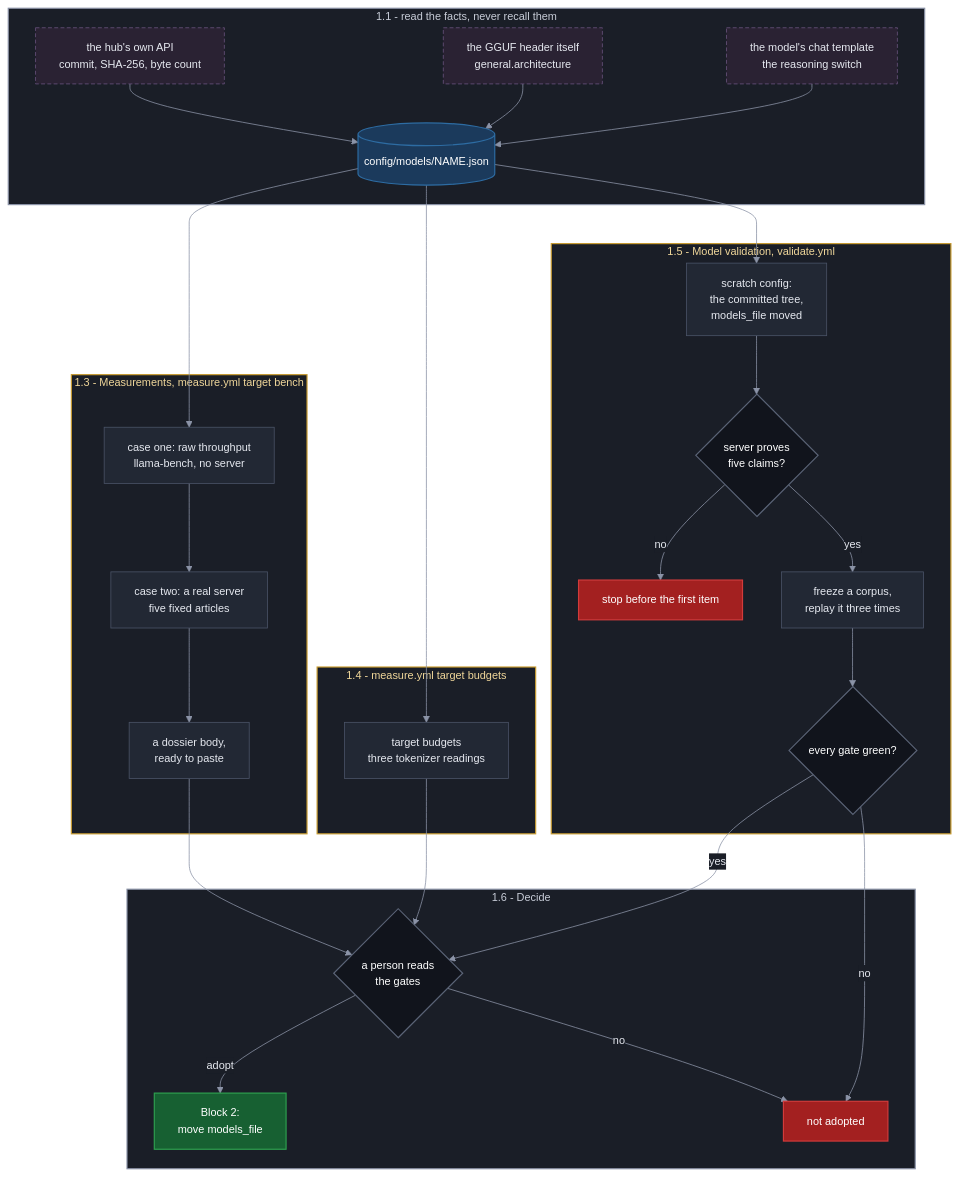
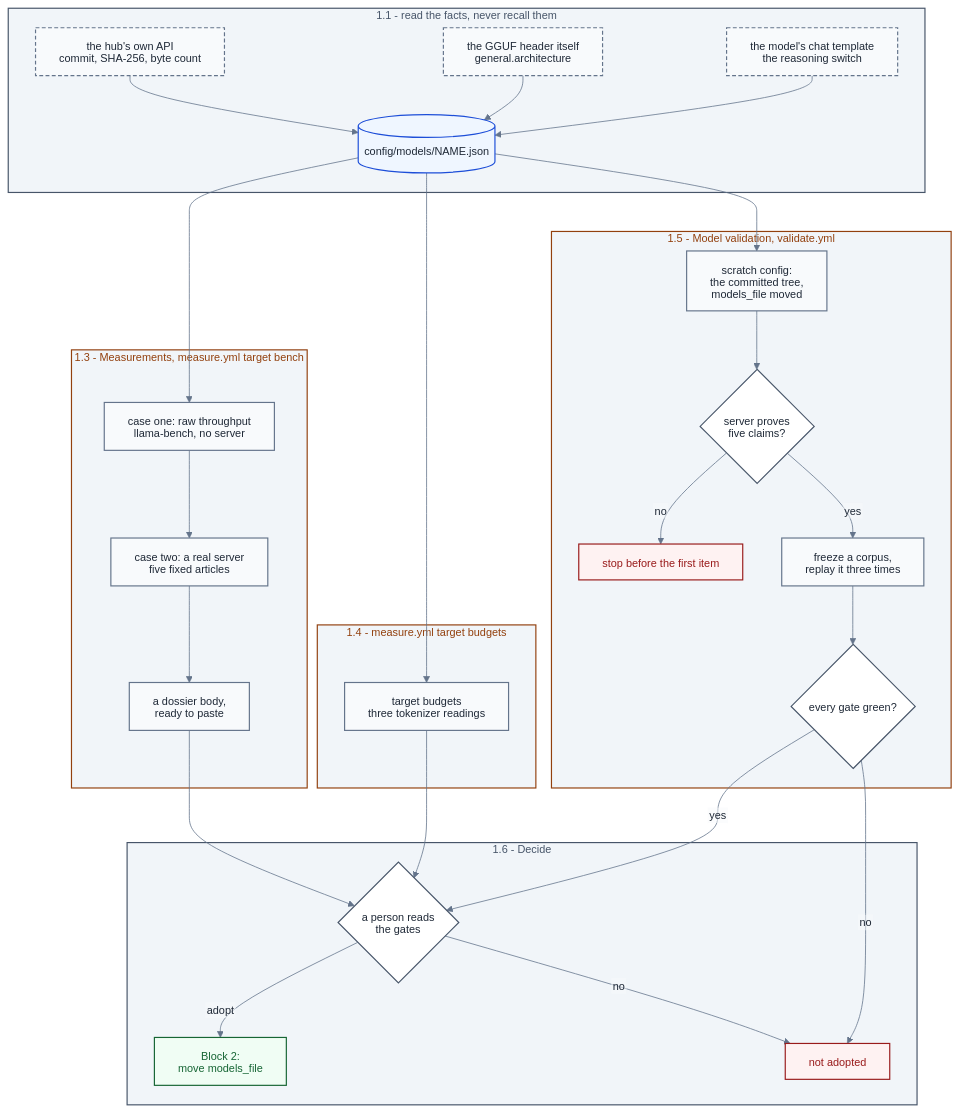
The diagram in docs/how-to/evaluate-new-summarizer-model.md (miztiik/yen-idhazh), drawn with Mermaid before and after one commit. The commit also changed other lines of this file and 6 other files, not shown here.

First line of the commit message:
docs: make Mermaid diagrams readable across themes and print

````diff
--- a/docs/how-to/evaluate-new-summarizer-model.md
+++ b/docs/how-to/evaluate-new-summarizer-model.md
@@ -95,56 +95,56 @@
 ```mermaid
-%%{init: {"theme": "base", "themeVariables": {"background": "#0f1117", "primaryColor": "#222834", "primaryTextColor": "#e6e9f0", "primaryBorderColor": "#4b5468", "lineColor": "#8b93a7", "textColor": "#e6e9f0", "clusterBkg": "#1a1e27", "clusterBorder": "#3a4254", "titleColor": "#e6e9f0", "edgeLabelBackground": "#1a1e27", "fontSize": "14px"}}}%%
+%%{init: {"theme": "base", "htmlLabels": false, "themeVariables": {"background": "#ffffff", "primaryColor": "#f8fafc", "primaryTextColor": "#1f2937", "primaryBorderColor": "#64748b", "lineColor": "#64748b", "textColor": "#1f2937", "clusterBkg": "#f1f5f9", "clusterBorder": "#64748b", "titleColor": "#1f2937", "edgeLabelBackground": "#f8fafc", "fontSize": "14px"}}}%%
 flowchart TB
  subgraph FACTS["1.1 - read the facts, never recall them"]
   HUB["the hub's own API<br/>commit, SHA-256, byte count"] --> FILE
   HDR["the GGUF header itself<br/>general.architecture"] --> FILE
   TMPL["the model's chat template<br/>the reasoning switch"] --> FILE
   FILE[("config/models/NAME.json")]
  end
 
  subgraph BENCH["1.3 - Measurements, measure.yml target bench"]
   FILE --> RAW["case one: raw throughput<br/>llama-bench, no server"]
   RAW --> SERVE["case two: a real server<br/>five fixed articles"]
   SERVE --> DOSSIER["a dossier body,<br/>ready to paste"]
  end
 
  subgraph READ["1.4 - measure.yml target budgets"]
   FILE --> BUDGETS["target budgets<br/>three tokenizer readings"]
  end
 
  subgraph QUAL["1.5 - Model validation, validate.yml"]
   FILE --> SCRATCH["scratch config:<br/>the committed tree,<br/>models_file moved"]
   SCRATCH --> PROVE{"server proves<br/>five claims?"}
   PROVE -->|"no"| STOP["stop before the first item"]
   PROVE -->|"yes"| REPLAY["freeze a corpus,<br/>replay it three times"]
   REPLAY --> GATES{"every gate green?"}
  end
 
  subgraph CALL["1.6 - Decide"]
   DECIDE{"a person reads<br/>the gates"} -->|"adopt"| ADOPT["Block 2:<br/>move models_file"]
   DECIDE -->|"no"| REJECT["not adopted"]
  end
 
  DOSSIER --> DECIDE
  BUDGETS --> DECIDE
  GATES -->|"yes"| DECIDE
  GATES -->|"no"| REJECT
 
- classDef stage fill:#222834,stroke:#4b5468,stroke-width:1px,color:#e6e9f0;
- classDef decision fill:#11141c,stroke:#5b6477,stroke-width:1.5px,color:#ffffff;
- classDef yes fill:#176032,stroke:#2ea04f,stroke-width:1.5px,color:#ffffff;
- classDef no fill:#a32020,stroke:#d23b3b,stroke-width:1.5px,color:#ffffff;
- classDef ledger fill:#1b3a5c,stroke:#2d6ca3,stroke-width:1.5px,color:#ffffff;
- classDef ext fill:#2a2233,stroke:#6b5480,stroke-width:1px,stroke-dasharray:5 3,color:#e6e9f0;
- classDef sysEval fill:#1a1e27,stroke:#c79a2e,stroke-width:1.5px,color:#f0d79a;
- classDef sysOps fill:#1a1e27,stroke:#8b93a7,stroke-width:1.5px,color:#c8cdd8;
+ classDef stage fill:#f8fafc,stroke:#64748b,stroke-width:1.5px,color:#1f2937;
+ classDef decision fill:#ffffff,stroke:#475569,stroke-width:1.5px,color:#1f2937;
+ classDef yes fill:#f0fdf4,stroke:#166534,stroke-width:1.5px,color:#166534;
+ classDef no fill:#fef2f2,stroke:#991b1b,stroke-width:1.5px,color:#991b1b;
+ classDef ledger fill:#eff6ff,stroke:#1d4ed8,stroke-width:1.5px,color:#1f2937;
+ classDef ext fill:#f8fafc,stroke:#64748b,stroke-width:1.5px,stroke-dasharray:5 3,color:#1f2937;
+ classDef sysEval fill:#f1f5f9,stroke:#92400e,stroke-width:1.5px,color:#92400e;
+ classDef sysOps fill:#f1f5f9,stroke:#475569,stroke-width:1.5px,color:#475569;
 
  class RAW,SERVE,DOSSIER,BUDGETS,SCRATCH,REPLAY stage;
  class HUB,HDR,TMPL ext;
  class PROVE,GATES,DECIDE decision;
  class FILE ledger;
  class ADOPT yes;
  class STOP,REJECT no;
  class FACTS,CALL sysOps;
  class BENCH,READ,QUAL sysEval;
 ```
````
